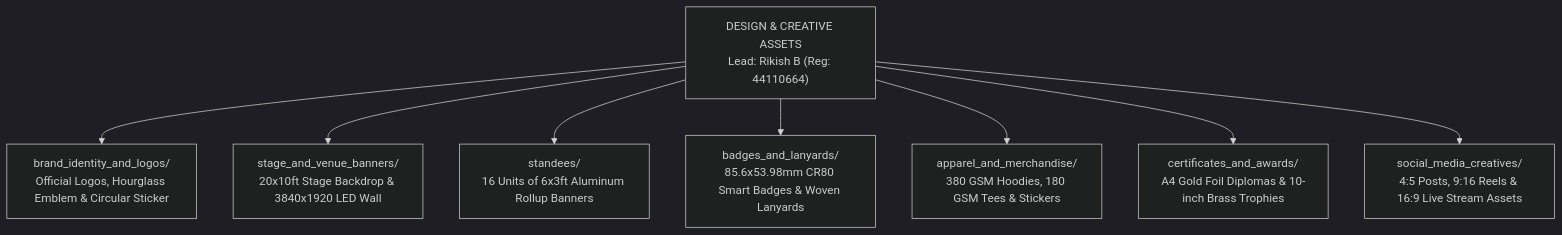
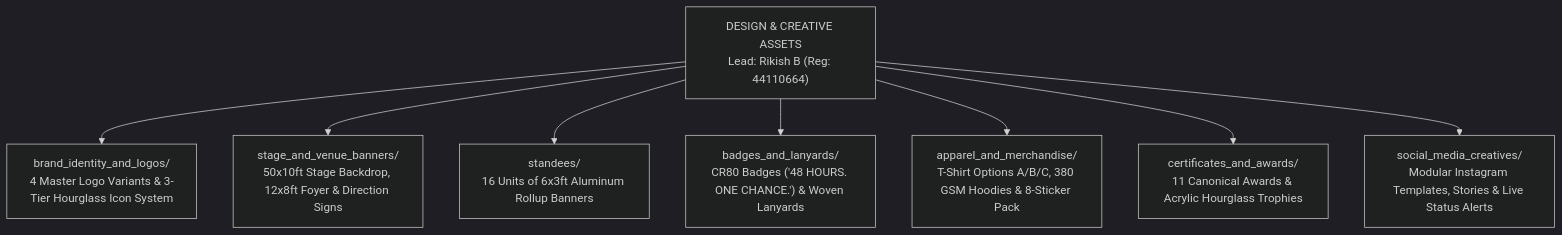
One commit to MasterZ1311/Kairos changed the diagram in teams/02_design_and_creative_assets/README.md. Above: the diagram before and after it, drawn with Mermaid (dark theme). The commit also changed other lines of this file and 100 other files, not shown here.

First line of the commit message:
feat(teams,docs): upgrade master operations, documentation, and team operating system for KAIROS 2027

````diff
--- a/teams/02_design_and_creative_assets/README.md
+++ b/teams/02_design_and_creative_assets/README.md
@@ -15,12 +22,12 @@
 ```mermaid
 graph TD
     DSGN["DESIGN & CREATIVE ASSETS<br/>Lead: Rikish B (Reg: 44110664)"]
     
-    DSGN --> B0["brand_identity_and_logos/<br/>Official Logos, Hourglass Emblem & Circular Sticker"]
-    DSGN --> B1["stage_and_venue_banners/<br/>20x10ft Stage Backdrop & 3840x1920 LED Wall"]
+    DSGN --> B0["brand_identity_and_logos/<br/>4 Master Logo Variants & 3-Tier Hourglass Icon System"]
+    DSGN --> B1["stage_and_venue_banners/<br/>50x10ft Stage Backdrop, 12x8ft Foyer & Direction Signs"]
     DSGN --> B2["standees/<br/>16 Units of 6x3ft Aluminum Rollup Banners"]
-    DSGN --> B3["badges_and_lanyards/<br/>85.6x53.98mm CR80 Smart Badges & Woven Lanyards"]
-    DSGN --> B4["apparel_and_merchandise/<br/>380 GSM Hoodies, 180 GSM Tees & Stickers"]
-    DSGN --> B5["certificates_and_awards/<br/>A4 Gold Foil Diplomas & 10-inch Brass Trophies"]
-    DSGN --> B6["social_media_creatives/<br/>4:5 Posts, 9:16 Reels & 16:9 Live Stream Assets"]
+    DSGN --> B3["badges_and_lanyards/<br/>CR80 Badges ('48 HOURS. ONE CHANCE.') & Woven Lanyards"]
+    DSGN --> B4["apparel_and_merchandise/<br/>T-Shirt Options A/B/C, 380 GSM Hoodies & 8-Sticker Pack"]
+    DSGN --> B5["certificates_and_awards/<br/>11 Canonical Awards & Acrylic Hourglass Trophies"]
+    DSGN --> B6["social_media_creatives/<br/>Modular Instagram Templates, Stories & Live Status Alerts"]
 ```
````
